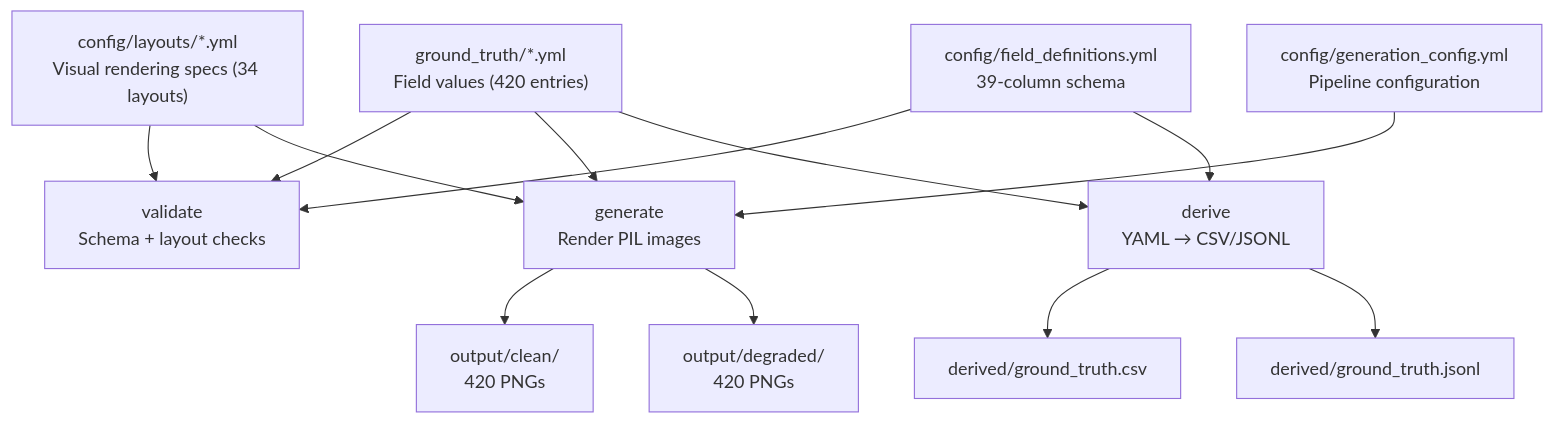
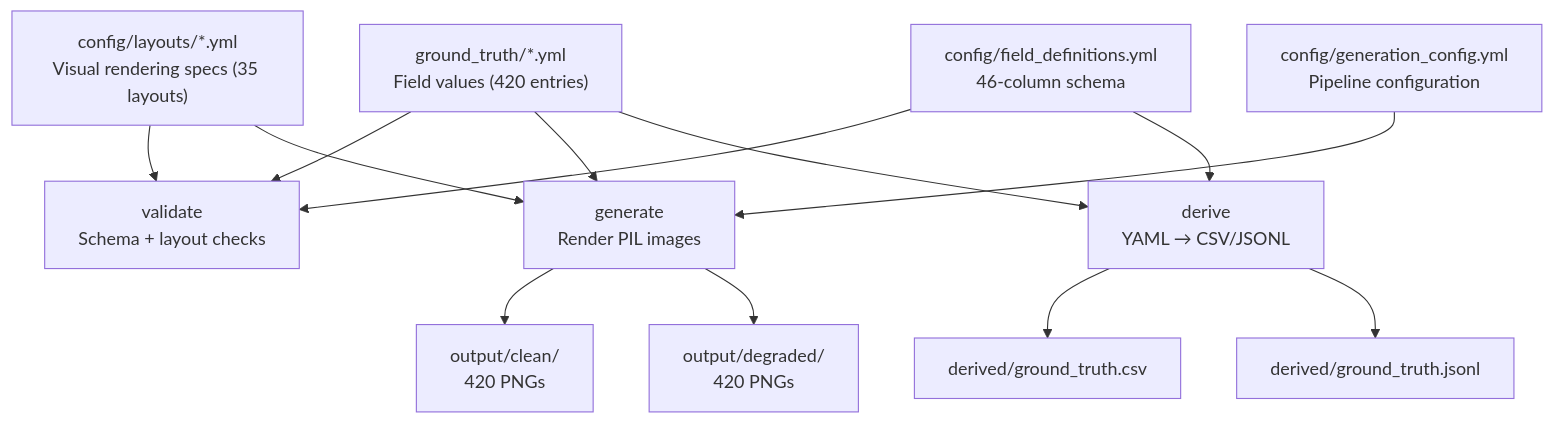
One commit to tmnestor/Synthetic_Doc_Generation changed the diagram in README.md. Above: the diagram before and after it, drawn with Mermaid. The commit also changed other lines of this file, not shown here.

````diff
--- a/README.md
+++ b/README.md
@@ -104,23 +104,23 @@
 ```mermaid
 graph TD
     GT["ground_truth/*.yml<br/>Field values (420 entries)"]
-    LR["config/layouts/*.yml<br/>Visual rendering specs (34 layouts)"]
+    LR["config/layouts/*.yml<br/>Visual rendering specs (35 layouts)"]
     GC["config/generation_config.yml<br/>Pipeline configuration"]
-    FD["config/field_definitions.yml<br/>39-column schema"]
+    FD["config/field_definitions.yml<br/>46-column schema"]
 
     GT --> V["validate<br/>Schema + layout checks"]
     LR --> V
     FD --> V
 
     GT --> G["generate<br/>Render PIL images"]
     LR --> G
     GC --> G
 
     G --> CLEAN["output/clean/<br/>420 PNGs"]
     G --> DEG["output/degraded/<br/>420 PNGs"]
 
     GT --> D["derive<br/>YAML → CSV/JSONL"]
     FD --> D
     D --> CSV["derived/ground_truth.csv"]
     D --> JSONL["derived/ground_truth.jsonl"]
 ```
````
